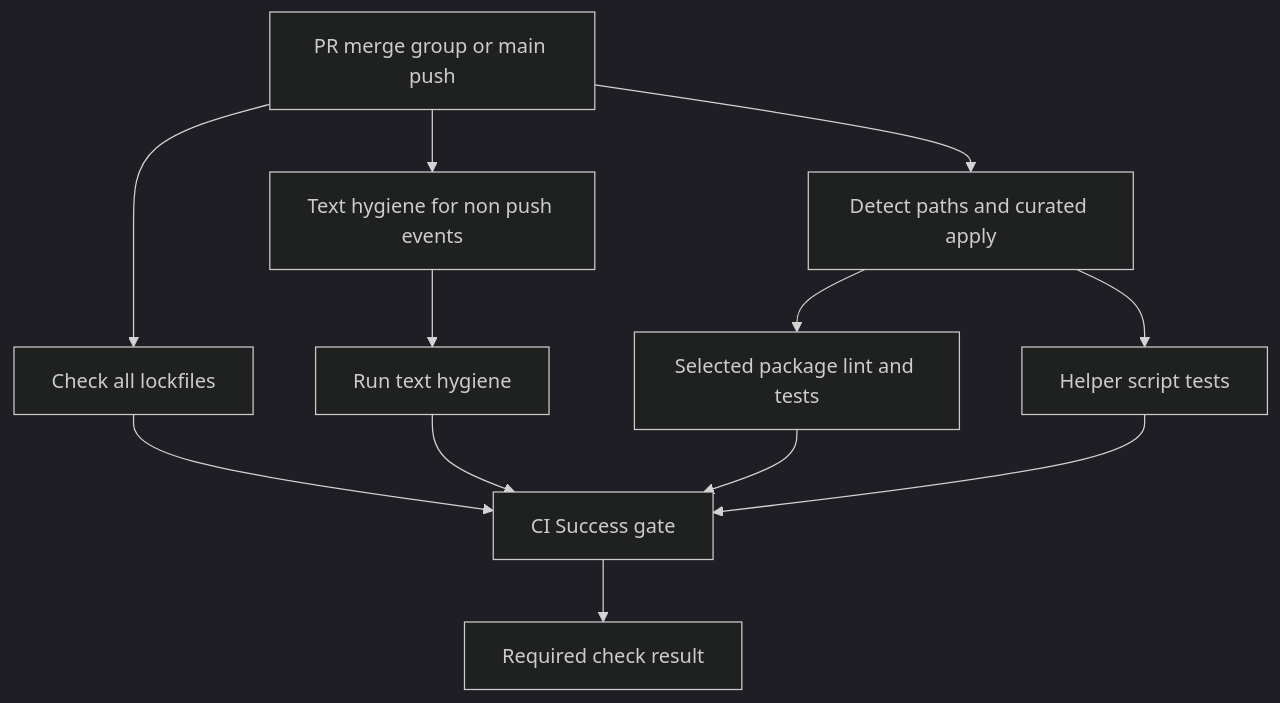
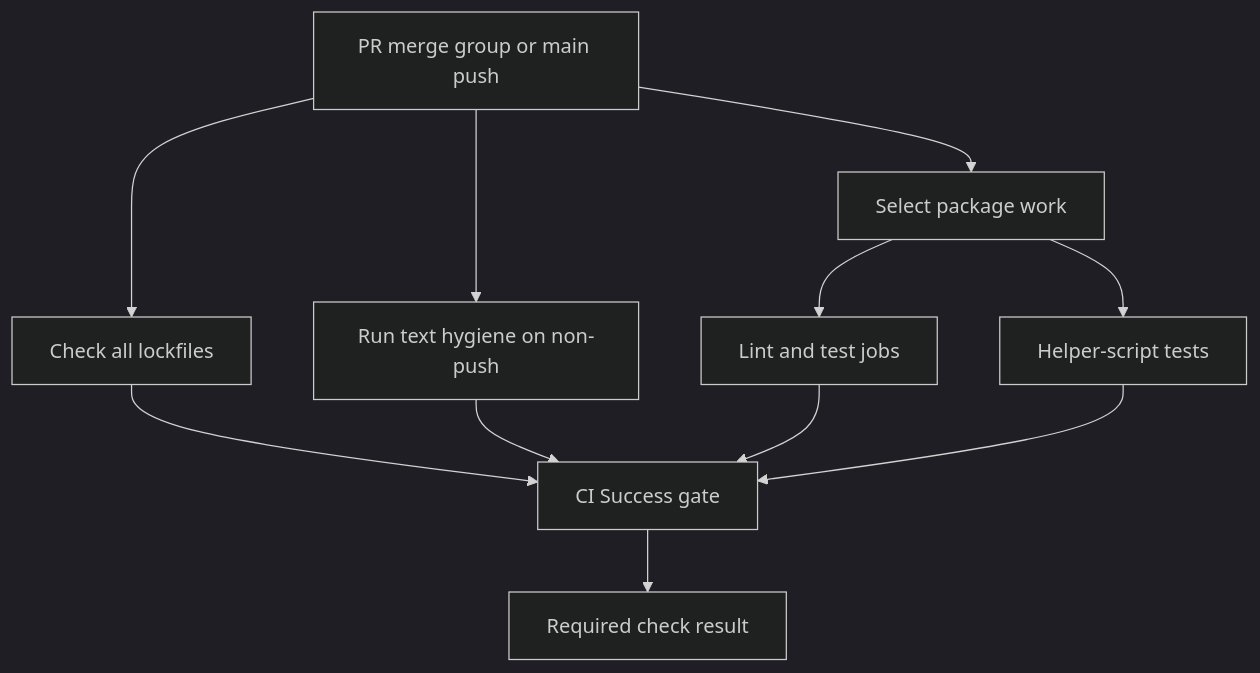
The first of 2 diagrams in openwiki/operations/ci-labeling.md (langchain-ai/deepagents), drawn with Mermaid (dark theme) before and after one commit. The commit also changed other lines of this file and 35 other files, not shown here.

````diff
--- a/openwiki/operations/ci-labeling.md
+++ b/openwiki/operations/ci-labeling.md
@@ -51,14 +67,13 @@
 ```mermaid
 flowchart TD
     Trigger["PR merge group or main push"] --> Lock["Check all lockfiles"]
-    Trigger --> Hygiene["Text hygiene for non push events"]
-    Hygiene --> Text["Run text hygiene"]
-    Trigger --> Changes["Detect paths and curated apply"]
-    Changes --> Package["Selected package lint and tests"]
-    Changes --> Helper["Helper script tests"]
+    Trigger --> Hygiene["Run text hygiene on non-push"]
+    Trigger --> Changes["Select package work"]
     Lock --> Gate["CI Success gate"]
-    Text --> Gate
+    Hygiene --> Gate
+    Changes --> Package["Lint and test jobs"]
     Package --> Gate
-    Helper --> Gate
+    Changes --> Helpers["Helper-script tests"]
+    Helpers --> Gate
     Gate --> Status["Required check result"]
 ```
````
